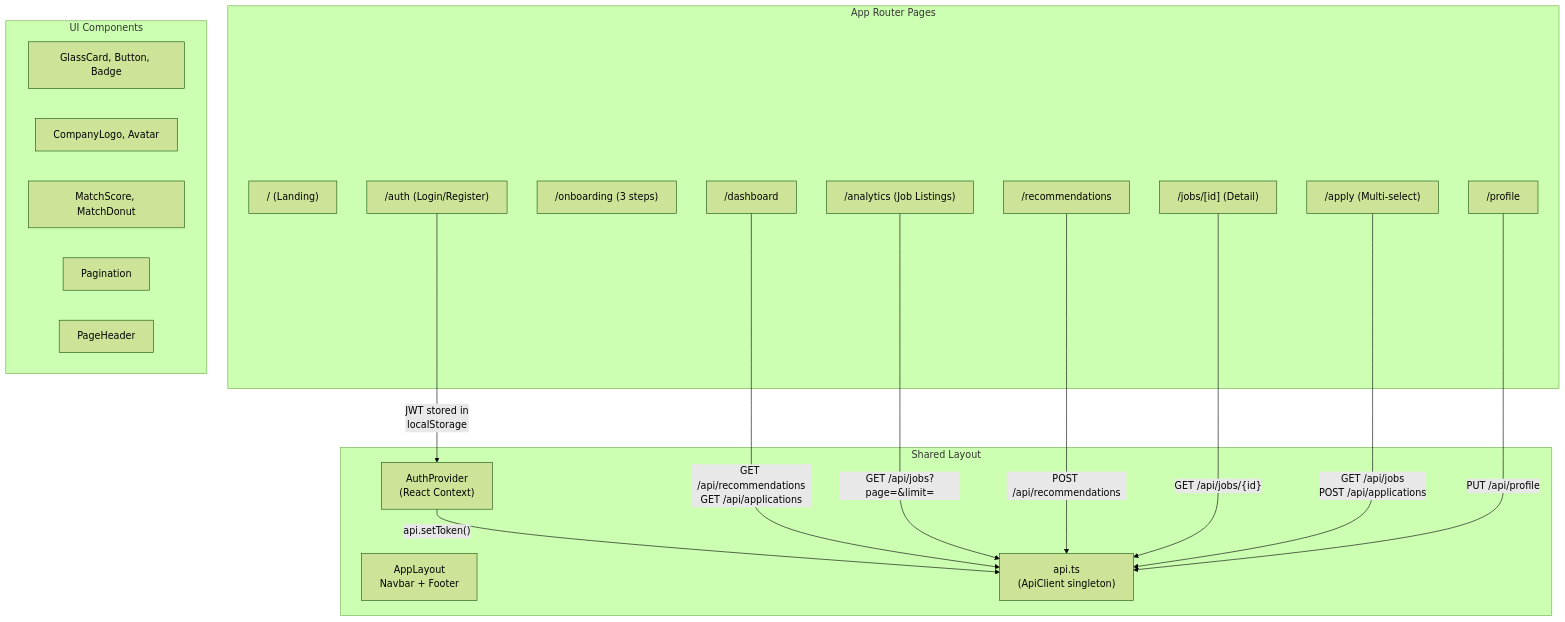
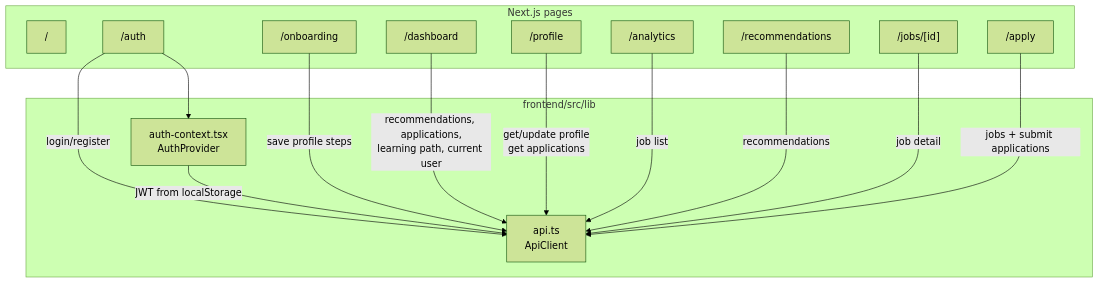
One commit to zXmill/SCPA-job-advisor changed diagram 11 of 15 in diagram.md. Above: the diagram before and after it, drawn with Mermaid (forest theme). The commit also changed other lines of this file and 1 other file, not shown here.

````diff
--- a/diagram.md
+++ b/diagram.md
@@ -653,37 +582,30 @@
 ```mermaid
-flowchart TD
-    subgraph Pages["App Router Pages"]
-        P1["/ (Landing)"]
-        P2["/auth (Login/Register)"]
-        P3["/onboarding (3 steps)"]
-        P4["/dashboard"]
-        P5["/profile"]
-        P6["/analytics (Job Listings)"]
-        P7["/recommendations"]
-        P8["/jobs/[id] (Detail)"]
-        P9["/apply (Multi-select)"]
+flowchart TB
+    subgraph Routes["Next.js pages"]
+        Landing["/"]
+        Auth["/auth"]
+        Onboarding["/onboarding"]
+        Dashboard["/dashboard"]
+        Profile["/profile"]
+        Analytics["/analytics"]
+        Recs["/recommendations"]
+        JobDetail["/jobs/[id]"]
+        Apply["/apply"]
     end
 
-    subgraph Layout["Shared Layout"]
-        L1["AppLayout<br/>Navbar + Footer"]
-        L2["AuthProvider<br/>(React Context)"]
-        L3["api.ts<br/>(ApiClient singleton)"]
+    subgraph Client["frontend/src/lib"]
+        Api["api.ts<br/>ApiClient"]
+        AuthCtx["auth-context.tsx<br/>AuthProvider"]
     end
 
-    subgraph Components["UI Components"]
-        C1["GlassCard, Button, Badge"]
-        C2["CompanyLogo, Avatar"]
-        C3["MatchScore, MatchDonut"]
-        C4["Pagination"]
-        C5["PageHeader"]
-    end
-
-    P2 -->|"JWT stored in<br/>localStorage"| L2
-    L2 -->|"api.setToken()"| L3
-    P4 -->|"GET /api/recommendations<br/>GET /api/applications"| L3
-    P6 -->|"GET /api/jobs?page=&limit="| L3
-    P7 -->|"POST /api/recommendations"| L3
-    P8 -->|"GET /api/jobs/{id}"| L3
-    P9 -->|"GET /api/jobs<br/>POST /api/applications"| L3
-    P5 -->|"PUT /api/profile"| L3
+    Auth -->|"login/register"| Api
+    Auth --> AuthCtx
+    Onboarding -->|"save profile steps"| Api
+    Dashboard -->|"recommendations, applications,<br/>learning path, current user"| Api
+    Profile -->|"get/update profile<br/>get applications"| Api
+    Analytics -->|"job list"| Api
+    Recs -->|"recommendations"| Api
+    JobDetail -->|"job detail"| Api
+    Apply -->|"jobs + submit applications"| Api
+    AuthCtx -->|"JWT from localStorage"| Api
 ```
````
